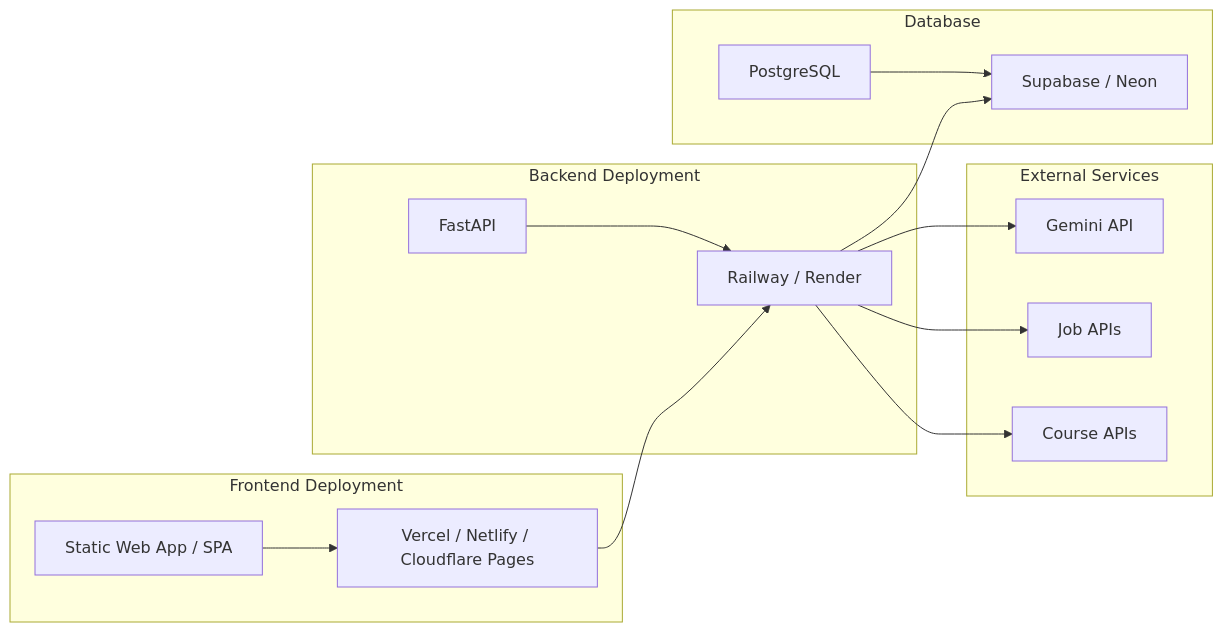
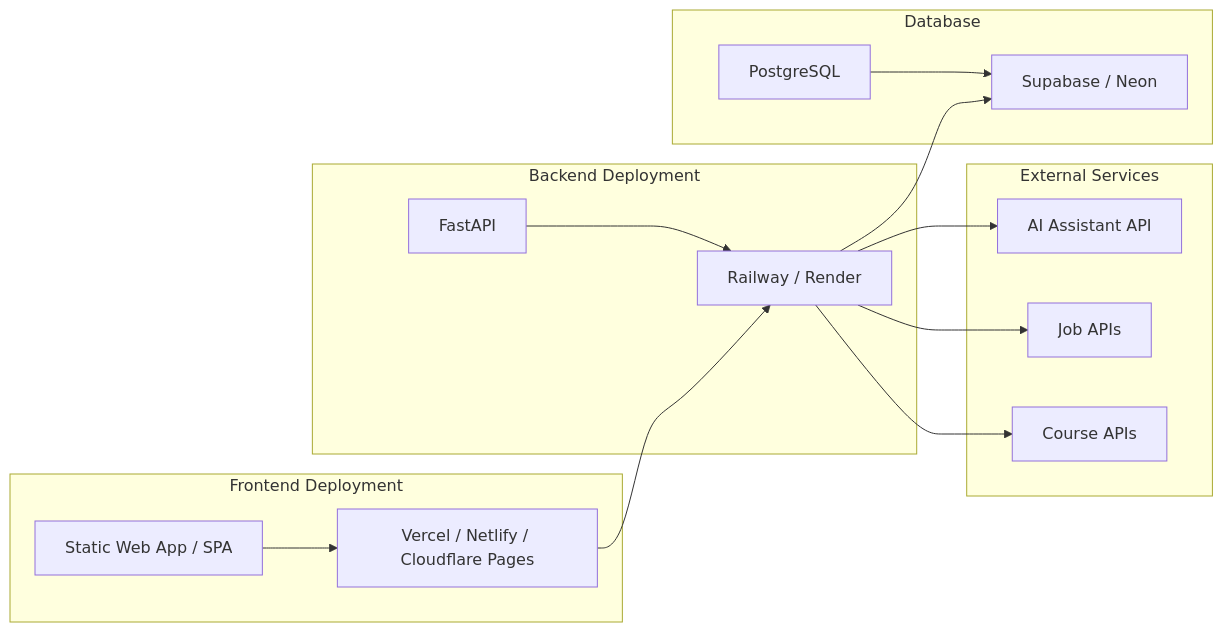
The ninth of 10 diagrams in docs/CareerPilot_AI_Plan.md (dyajaballh8/CareerPilot-AI), drawn with Mermaid before and after one commit. The commit also changed other lines of this file and 24 other files, not shown here.

````diff
--- a/docs/CareerPilot_AI_Plan.md
+++ b/docs/CareerPilot_AI_Plan.md
@@ -443,26 +443,26 @@
 ```mermaid
 flowchart LR
     subgraph Frontend["Frontend Deployment"]
         R["Static Web App / SPA"] --> V["Vercel / Netlify / Cloudflare Pages"]
     end
 
     subgraph Backend["Backend Deployment"]
         F["FastAPI"] --> RW["Railway / Render"]
     end
 
     subgraph Database["Database"]
         PG["PostgreSQL"] --> SP["Supabase / Neon"]
     end
 
     subgraph Services["External Services"]
-        G["Gemini API"]
+        G["AI Assistant API"]
         J["Job APIs"]
         C["Course APIs"]
     end
 
     V --> RW
     RW --> SP
     RW --> G
     RW --> J
     RW --> C
 ```
````
